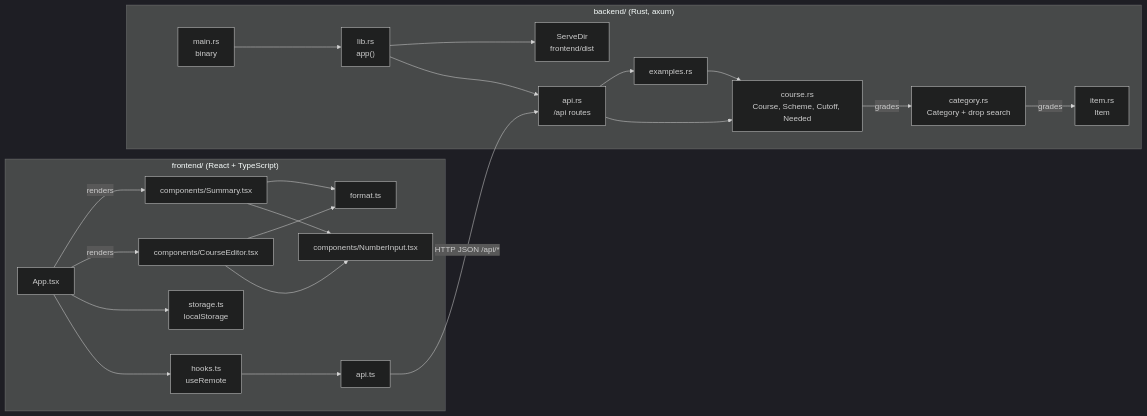
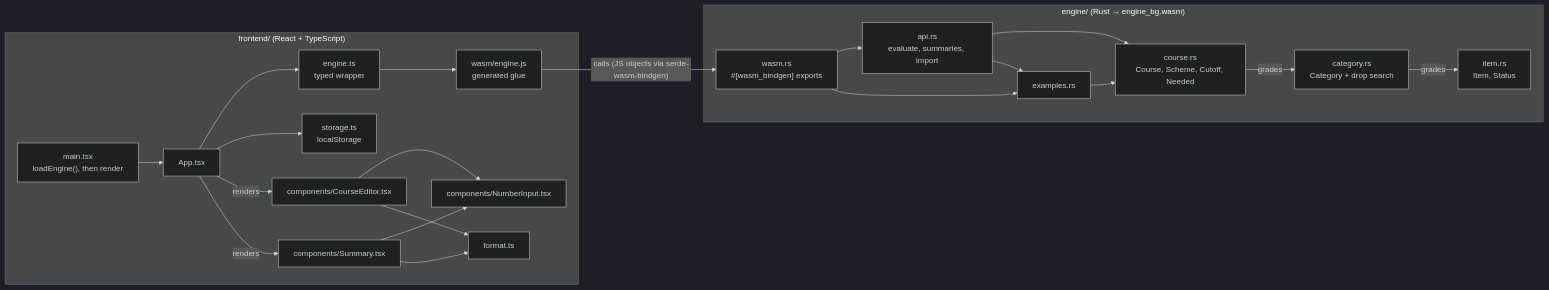
Before and after one commit to Patman1O1/grade-calculator: the first of 8 diagrams in docs/uml.md, drawn with Mermaid (dark theme). The commit also changed other lines of this file and 36 other files, not shown here.

First line of the commit message:
Compile the Rust engine to WebAssembly instead of running a server

````diff
--- a/docs/uml.md
+++ b/docs/uml.md
@@ -20,40 +20,40 @@
 ```mermaid
 flowchart LR
-  subgraph browser["frontend/ (React + TypeScript)"]
+  subgraph frontend["frontend/ (React + TypeScript)"]
+    main["main.tsx<br/>loadEngine(), then render"]
     App["App.tsx"]
     CourseEditor["components/CourseEditor.tsx"]
     Summary["components/Summary.tsx"]
     NumberInput["components/NumberInput.tsx"]
-    hooks["hooks.ts<br/>useRemote"]
-    apits["api.ts"]
+    enginets["engine.ts<br/>typed wrapper"]
+    glue["wasm/engine.js<br/>generated glue"]
     storage["storage.ts<br/>localStorage"]
     format["format.ts"]
   end
-  subgraph server["backend/ (Rust, axum)"]
-    main["main.rs<br/>binary"]
-    lib["lib.rs<br/>app()"]
-    api["api.rs<br/>/api routes"]
-    item["item.rs<br/>Item"]
+  subgraph engine["engine/ (Rust → engine_bg.wasm)"]
+    wasm["wasm.rs<br/>#[wasm_bindgen] exports"]
+    api["api.rs<br/>evaluate, summaries, import"]
+    item["item.rs<br/>Item, Status"]
     category["category.rs<br/>Category + drop search"]
     course["course.rs<br/>Course, Scheme, Cutoff, Needed"]
     examples["examples.rs"]
-    static["ServeDir<br/>frontend/dist"]
   end
 
-  App --> hooks --> apits
+  main --> App
+  App --> enginets --> glue
   App --> storage
   App -->|renders| CourseEditor
   App -->|renders| Summary
   CourseEditor --> NumberInput
   Summary --> NumberInput
   CourseEditor --> format
   Summary --> format
-  apits -->|"HTTP JSON /api/*"| api
-  main --> lib --> api
-  lib --> static
+  glue -->|"calls (JS objects via serde-wasm-bindgen)"| wasm
+  wasm --> api
+  wasm --> examples
   api --> course
   api --> examples
   examples --> course
   course -->|grades| category
   category -->|grades| item
 ```
````
